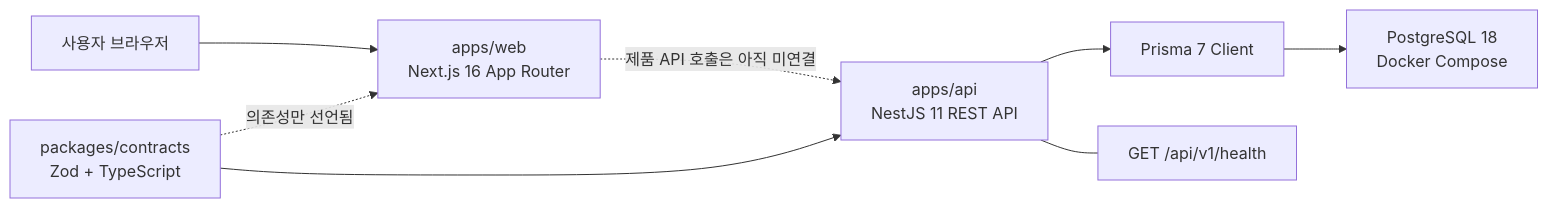
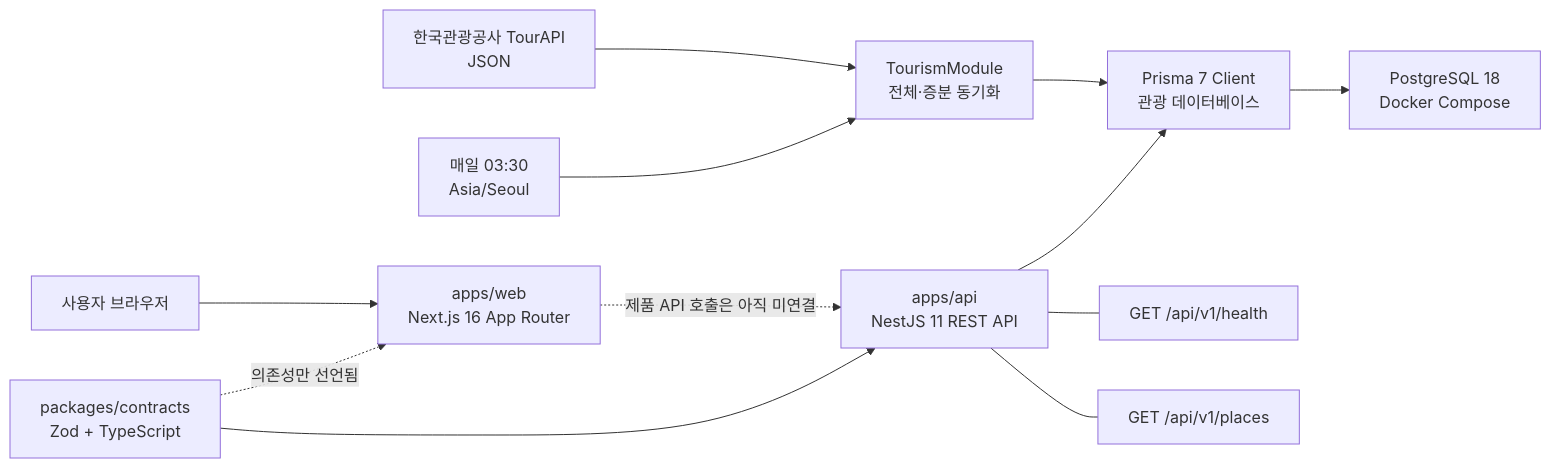
Before and after one commit to suu1006/haetteum: the first of 4 diagrams in ARCHITECTURE.md, drawn with Mermaid. The commit also changed other lines of this file and 2 other files, not shown here.

````diff
--- a/ARCHITECTURE.md
+++ b/ARCHITECTURE.md
@@ -50,14 +51,18 @@
 ```mermaid
 flowchart LR
     User["사용자 브라우저"] --> Web["apps/web<br/>Next.js 16 App Router"]
 
     Web -. "제품 API 호출은 아직 미연결" .-> API["apps/api<br/>NestJS 11 REST API"]
 
     Contracts["packages/contracts<br/>Zod + TypeScript"] -. "의존성만 선언됨" .-> Web
     Contracts --> API
 
-    API --> Prisma["Prisma 7 Client"]
+    Provider["한국관광공사 TourAPI<br/>JSON"] --> Tourism["TourismModule<br/>전체·증분 동기화"]
+    Scheduler["매일 03:30<br/>Asia/Seoul"] --> Tourism
+    Tourism --> Prisma["Prisma 7 Client<br/>관광 데이터베이스"]
+    API --> Prisma
     Prisma --> DB["PostgreSQL 18<br/>Docker Compose"]
 
     API --- Health["GET /api/v1/health"]
+    API --- Places["GET /api/v1/places"]
 ```
````
